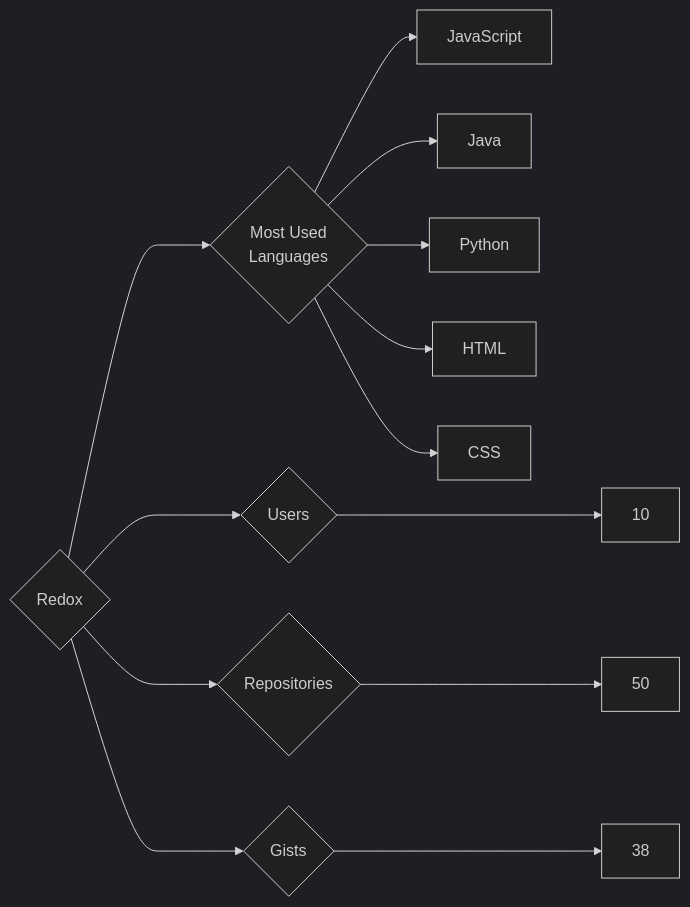
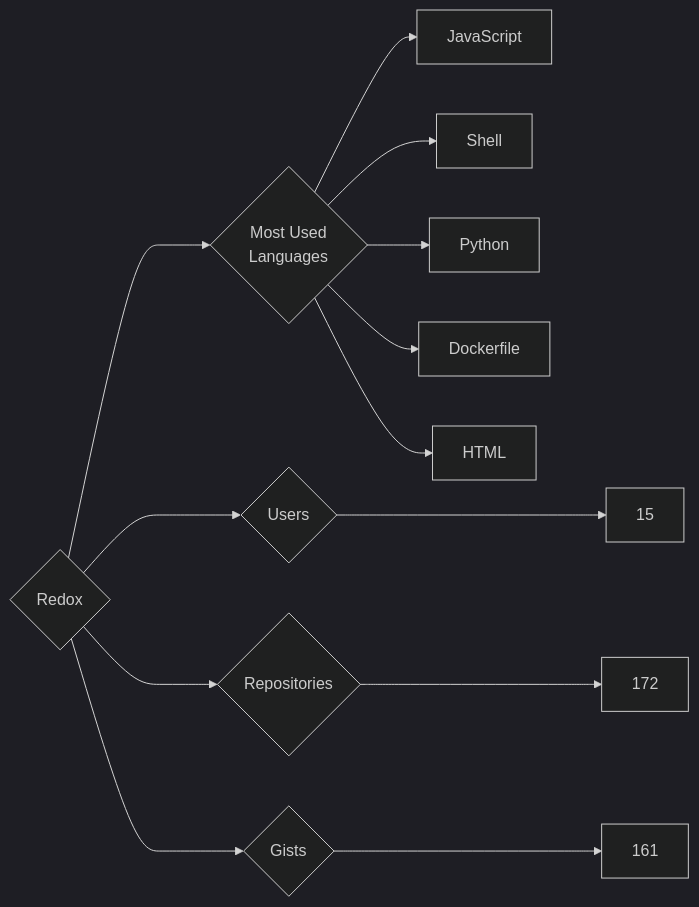
One commit to trickest/insiders changed the diagram in targets/Redox/README.md. Above: the diagram before and after it, drawn with Mermaid (dark theme). The commit also changed 1011 other files, not shown here.

````diff
--- a/targets/Redox/README.md
+++ b/targets/Redox/README.md
@@ -3,13 +3,13 @@
 ```mermaid
 graph LR
 COMPANY_NAME{Redox}
-COMPANY_NAME ---> U{Users} ---> UN[10]
-COMPANY_NAME ---> R{Repositories} ---> RN[50]
-COMPANY_NAME ---> G{Gists} ---> GN[38]
+COMPANY_NAME ---> U{Users} ---> UN[15]
+COMPANY_NAME ---> R{Repositories} ---> RN[172]
+COMPANY_NAME ---> G{Gists} ---> GN[161]
 COMPANY_NAME ---> ML{Most Used<br>Languages}
 ML --> JavaScript[JavaScript]
-ML --> Java[Java]
+ML --> Shell[Shell]
 ML --> Python[Python]
+ML --> Dockerfile[Dockerfile]
 ML --> HTML[HTML]
-ML --> CSS[CSS]
 ```
````
